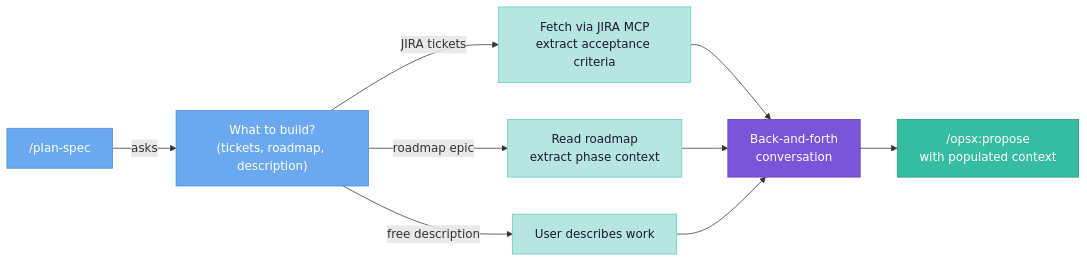
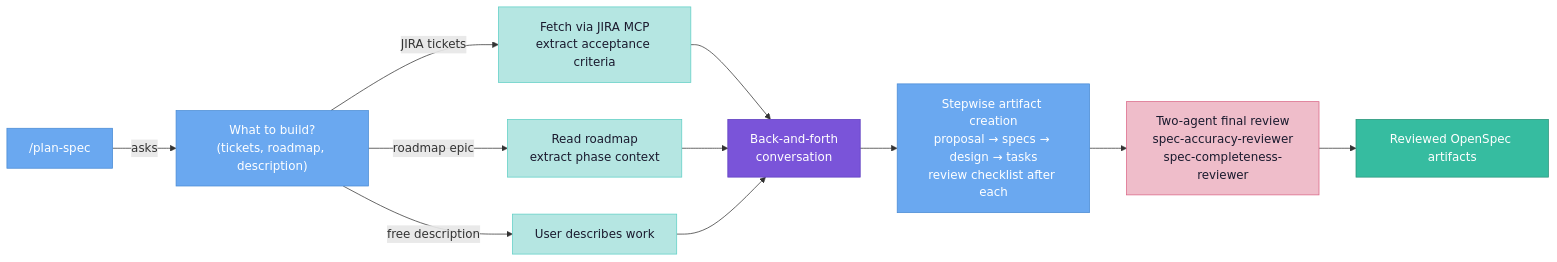
The second of 5 diagrams in plugins/sdd-workflow/README.md (Sand2Silicon/sand2silicon-agentic-skills), drawn with Mermaid before and after one commit. The commit also changed other lines of this file and 10 other files, not shown here.

First line of the commit message:
feat(sdd-workflow): stepwise planning with dual-reviewer validation (v1.3.0)

````diff
--- a/plugins/sdd-workflow/README.md
+++ b/plugins/sdd-workflow/README.md
@@ -131,16 +132,19 @@
 ```mermaid
 flowchart LR
     classDef planning fill:#6aa8f0,stroke:#4a8bd4,color:#fff
     classDef context fill:#b5e6e2,stroke:#5ecfc5,color:#1a1a2e
     classDef dialog fill:#7a54d9,stroke:#5e3dbf,color:#fff
+    classDef review fill:#efbdca,stroke:#d96585,color:#1a1a2e
     classDef success fill:#36bca0,stroke:#289478,color:#fff
 
     PS["/plan-spec"]:::planning -->|"asks"| Q1["What to build?<br/>(tickets, roadmap, description)"]:::planning
     Q1 -->|"JIRA tickets"| FETCH["Fetch via JIRA MCP<br/>extract acceptance criteria"]:::context
     Q1 -->|"roadmap epic"| READ["Read roadmap<br/>extract phase context"]:::context
     Q1 -->|"free description"| MANUAL["User describes work"]:::context
     FETCH --> DIALOG["Back-and-forth<br/>conversation"]:::dialog
     READ --> DIALOG
     MANUAL --> DIALOG
-    DIALOG --> PROPOSE["/opsx:propose<br/>with populated context"]:::success
+    DIALOG --> STEPWISE["Stepwise artifact creation<br/>proposal → specs → design → tasks<br/>review checklist after each"]:::planning
+    STEPWISE --> REVIEW["Two-agent final review<br/>spec-accuracy-reviewer<br/>spec-completeness-reviewer"]:::review
+    REVIEW --> ARTIFACTS["Reviewed OpenSpec artifacts"]:::success
 ```
````
